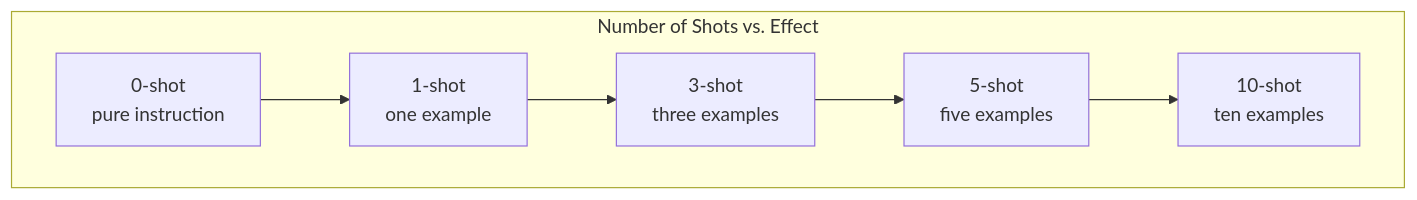
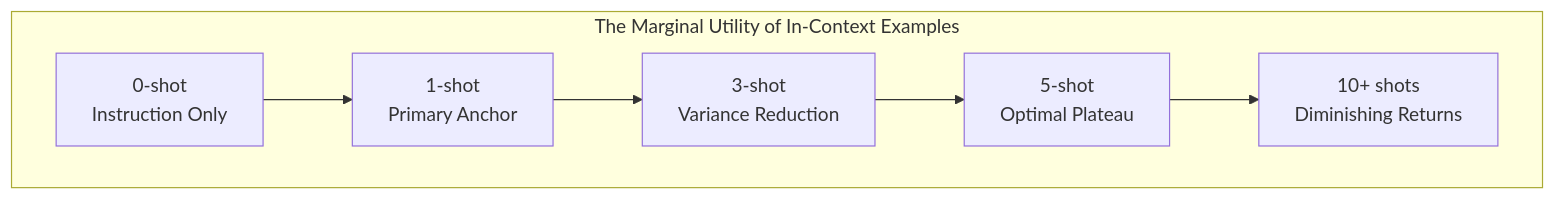
The third of 5 diagrams in en/chapters/05-strengths.md (yingwang/thinking-in-llm), drawn with Mermaid before and after one commit. The commit also changed other lines of this file and 31 other files, not shown here.

````diff
--- a/en/chapters/05-strengths.md
+++ b/en/chapters/05-strengths.md
@@ -264,10 +267,10 @@
 ```mermaid
 graph LR
-    subgraph shots["Number of Shots vs. Effect"]
+    subgraph shots["The Marginal Utility of In-Context Examples"]
         direction LR
-        S0["0-shot<br>pure instruction"] --> S1["1-shot<br>one example"]
-        S1 --> S3["3-shot<br>three examples"]
-        S3 --> S5["5-shot<br>five examples"]
-        S5 --> S10["10-shot<br>ten examples"]
+        S0["0-shot<br/>Instruction Only"] --> S1["1-shot<br/>Primary Anchor"]
+        S1 --> S3["3-shot<br/>Variance Reduction"]
+        S3 --> S5["5-shot<br/>Optimal Plateau"]
+        S5 --> S10["10+ shots<br/>Diminishing Returns"]
     end
 ```
````
